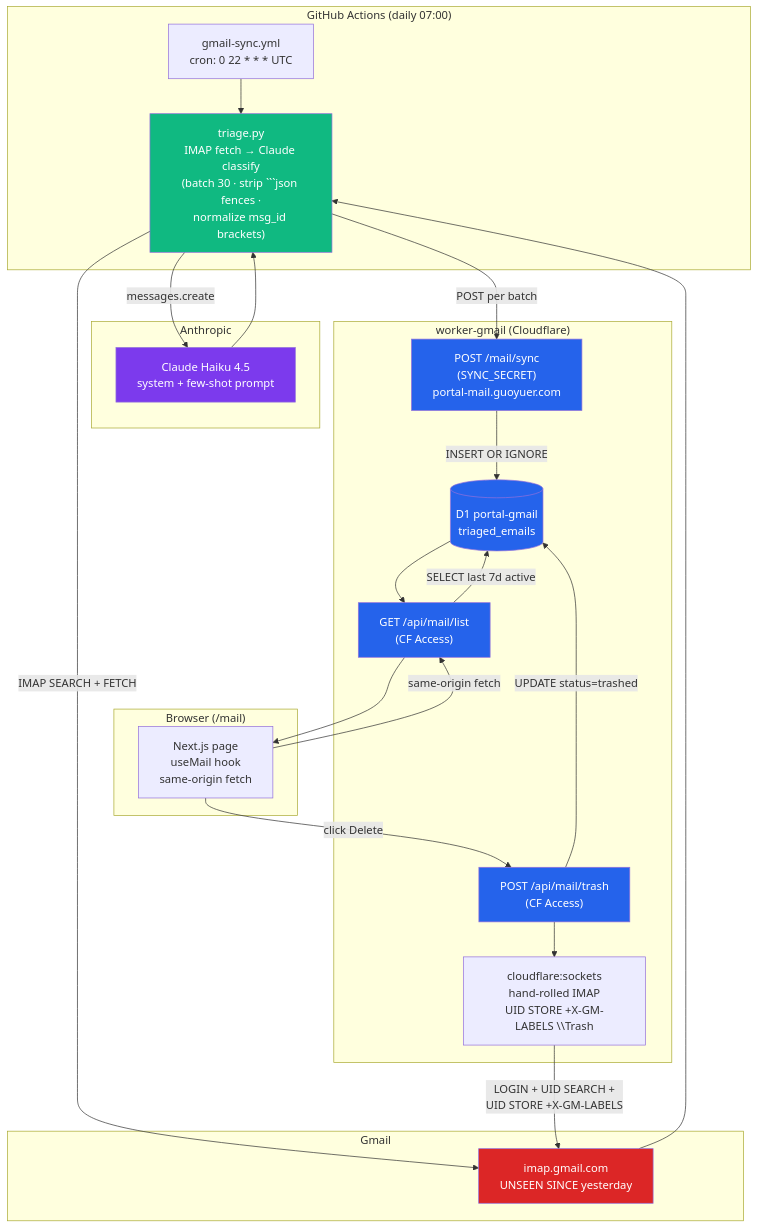
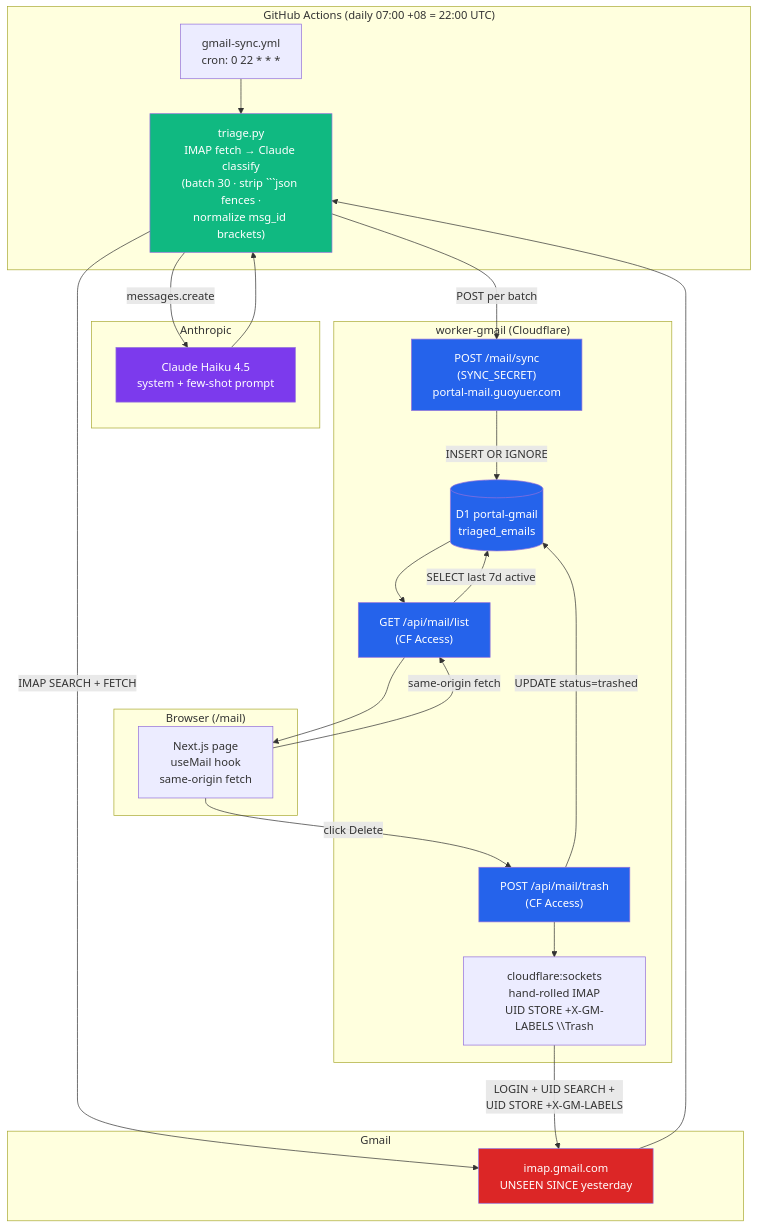
One commit to Guoyuer/portal changed the second of 4 diagrams in README.md. Above: the diagram before and after it, drawn with Mermaid. The commit also changed other lines of this file and 14 other files, not shown here.

````diff
--- a/README.md
+++ b/README.md
@@ -57,53 +61,53 @@
 ```mermaid
 graph TB
-    subgraph "GitHub Actions (daily 07:00)"
-        CRON["gmail-sync.yml<br/>cron: 0 22 * * * UTC"]
+    subgraph "GitHub Actions (daily 07:00 +08 = 22:00 UTC)"
+        CRON["gmail-sync.yml<br/>cron: 0 22 * * *"]
         PY["triage.py<br/>IMAP fetch → Claude classify<br/>(batch 30 · strip ```json fences ·<br/>normalize msg_id brackets)"]
     end
 
     subgraph "Gmail"
         IMAP["imap.gmail.com<br/>UNSEEN SINCE yesterday"]
     end
 
     subgraph "Anthropic"
         HAIKU["Claude Haiku 4.5<br/>system + few-shot prompt"]
     end
 
     subgraph "worker-gmail (Cloudflare)"
         WSYNC["POST /mail/sync<br/>(SYNC_SECRET)<br/>portal-mail.guoyuer.com"]
         WLIST["GET /api/mail/list<br/>(CF Access)"]
         WTRASH["POST /api/mail/trash<br/>(CF Access)"]
         D1M[(D1 portal-gmail<br/>triaged_emails)]
         SOCK["cloudflare:sockets<br/>hand-rolled IMAP<br/>UID STORE +X-GM-LABELS \\Trash"]
     end
 
     subgraph "Browser (/mail)"
         MAIL["Next.js page<br/>useMail hook<br/>same-origin fetch"]
     end
 
     CRON --> PY
     PY -->|IMAP SEARCH + FETCH| IMAP
     IMAP --> PY
     PY -->|messages.create| HAIKU
     HAIKU --> PY
     PY -->|POST per batch| WSYNC
     WSYNC -->|INSERT OR IGNORE| D1M
 
     MAIL -->|same-origin fetch| WLIST
     WLIST -->|SELECT last 7d active| D1M
     D1M --> WLIST
     WLIST --> MAIL
 
     MAIL -->|click Delete| WTRASH
     WTRASH --> SOCK
     SOCK -->|LOGIN + UID SEARCH +<br/>UID STORE +X-GM-LABELS| IMAP
     WTRASH -->|UPDATE status=trashed| D1M
 
     style PY fill:#10b981,color:#fff
     style HAIKU fill:#7c3aed,color:#fff
     style WSYNC fill:#2563eb,color:#fff
     style WLIST fill:#2563eb,color:#fff
     style WTRASH fill:#2563eb,color:#fff
     style D1M fill:#2563eb,color:#fff
     style IMAP fill:#dc2626,color:#fff
 ```
````
